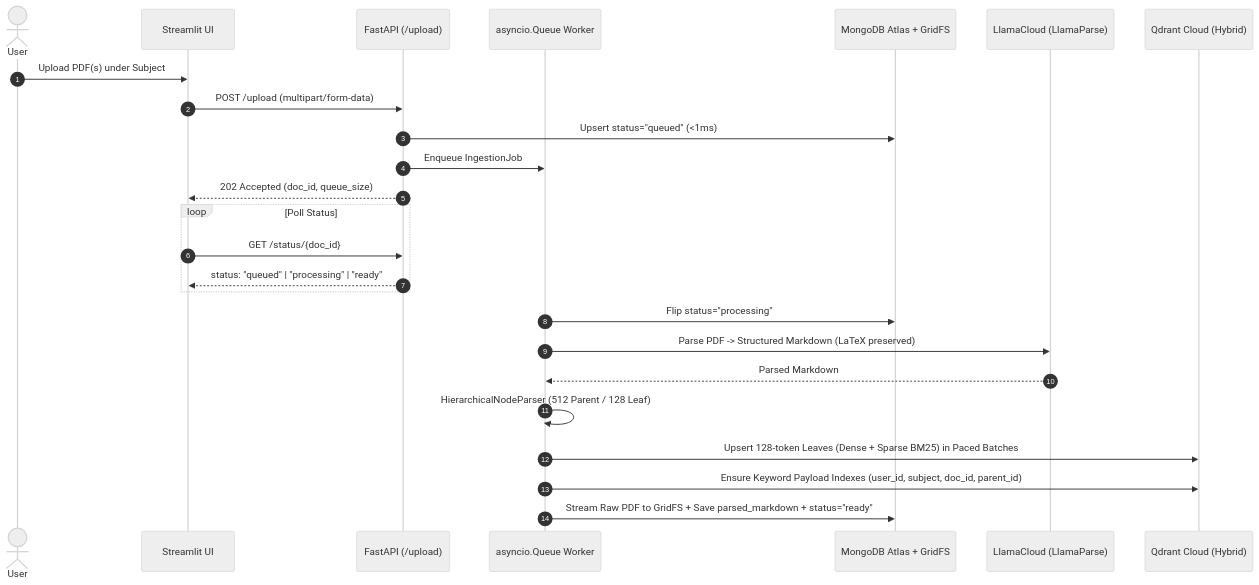
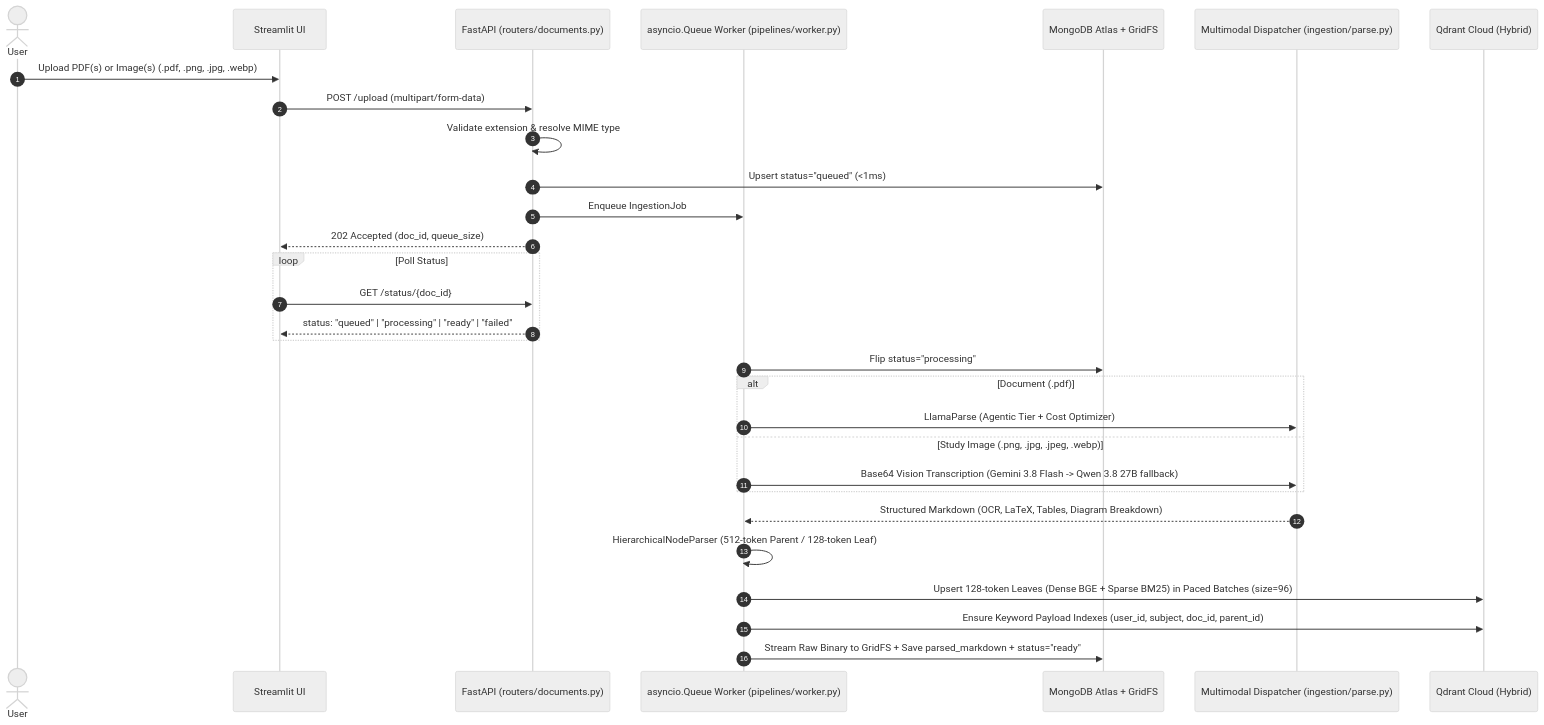
The second of 4 diagrams in README.md (MwauraJames/manifold), drawn with Mermaid (neutral theme) before and after one commit. The commit also changed other lines of this file, not shown here.

Commit message:
feat: enhance README with multimodal capabilities and adaptive routing details

````diff
--- a/README.md
+++ b/README.md
@@ -113,30 +118,35 @@
 ```mermaid
 sequenceDiagram
     autonumber
     actor User
     participant UI as Streamlit UI
-    participant API as FastAPI (/upload)
-    participant Q as asyncio.Queue Worker
+    participant API as FastAPI (routers/documents.py)
+    participant Q as asyncio.Queue Worker (pipelines/worker.py)
     participant Mongo as MongoDB Atlas + GridFS
-    participant Llama as LlamaCloud (LlamaParse)
+    participant Parse as Multimodal Dispatcher (ingestion/parse.py)
     participant Qdrant as Qdrant Cloud (Hybrid)
 
-    User->>UI: Upload PDF(s) under Subject
+    User->>UI: Upload PDF(s) or Image(s) (.pdf, .png, .jpg, .webp)
     UI->>API: POST /upload (multipart/form-data)
+    API->>API: Validate extension & resolve MIME type
     API->>Mongo: Upsert status="queued" (<1ms)
     API->>Q: Enqueue IngestionJob
     API-->>UI: 202 Accepted (doc_id, queue_size)
 
     loop Poll Status
         UI->>API: GET /status/{doc_id}
-        API-->>UI: status: "queued" | "processing" | "ready"
+        API-->>UI: status: "queued" | "processing" | "ready" | "failed"
     end
 
     Q->>Mongo: Flip status="processing"
-    Q->>Llama: Parse PDF -> Structured Markdown (LaTeX preserved)
-    Llama-->>Q: Parsed Markdown
-    Q->>Q: HierarchicalNodeParser (512 Parent / 128 Leaf)
-    Q->>Qdrant: Upsert 128-token Leaves (Dense + Sparse BM25) in Paced Batches
+    alt Document (.pdf)
+        Q->>Parse: LlamaParse (Agentic Tier + Cost Optimizer)
+    else Study Image (.png, .jpg, .jpeg, .webp)
+        Q->>Parse: Base64 Vision Transcription (Gemini 3.8 Flash -> Qwen 3.8 27B fallback)
+    end
+    Parse-->>Q: Structured Markdown (OCR, LaTeX, Tables, Diagram Breakdown)
+    Q->>Q: HierarchicalNodeParser (512-token Parent / 128-token Leaf)
+    Q->>Qdrant: Upsert 128-token Leaves (Dense BGE + Sparse BM25) in Paced Batches (size=96)
     Q->>Qdrant: Ensure Keyword Payload Indexes (user_id, subject, doc_id, parent_id)
-    Q->>Mongo: Stream Raw PDF to GridFS + Save parsed_markdown + status="ready"
+    Q->>Mongo: Stream Raw Binary to GridFS + Save parsed_markdown + status="ready"
 ```
````
